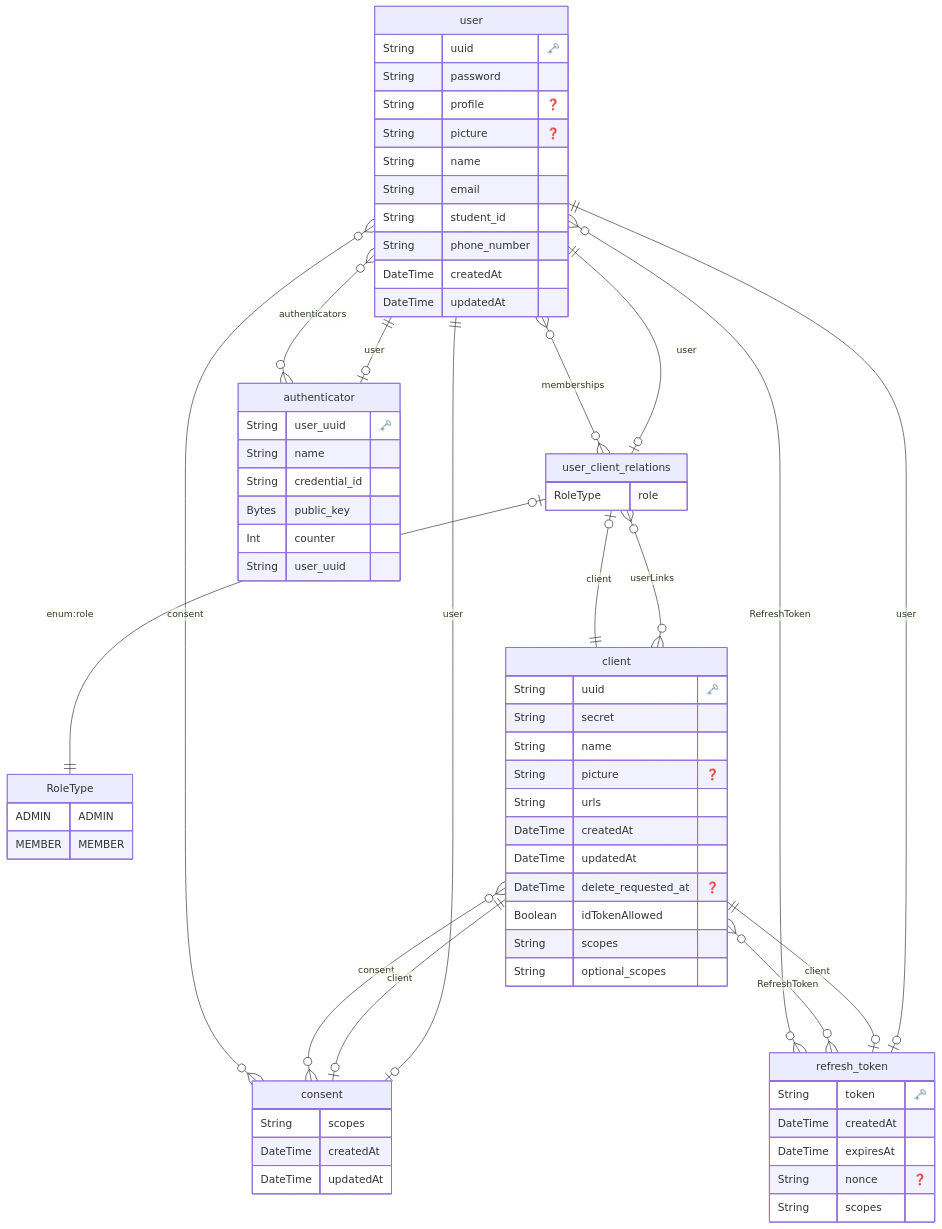
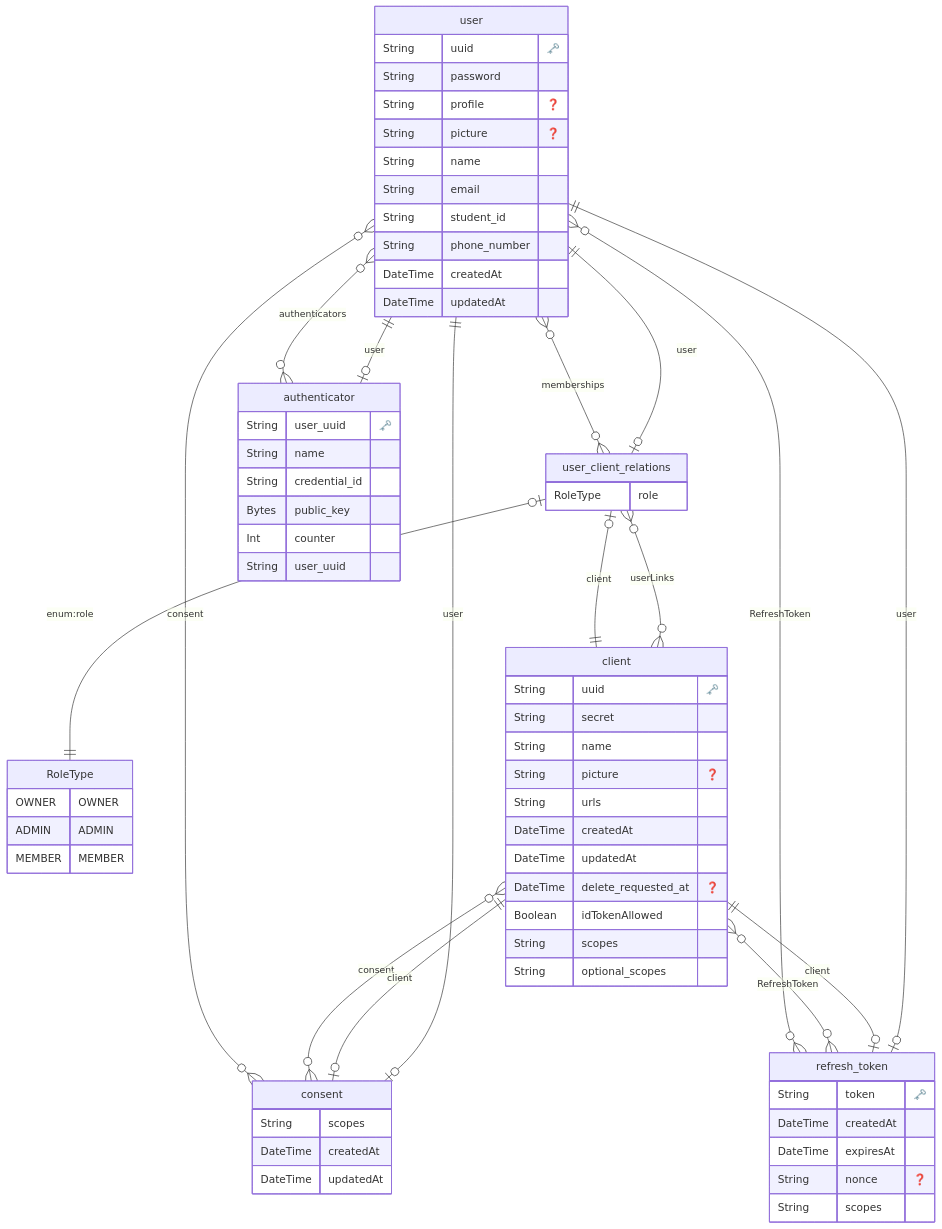
Before and after one commit to gsainfoteam/idp-be: the diagram in docs/erd.md, drawn with Mermaid. The commit also changed 5 other files, not shown here.

Commit message:
feat: give/remove admin + owner role

```diff
--- a/docs/erd.md
+++ b/docs/erd.md
@@ -2,7 +2,8 @@
 erDiagram
 
         RoleType {
-            ADMIN ADMIN
+            OWNER OWNER
+ADMIN ADMIN
 MEMBER MEMBER
         }
     
```
